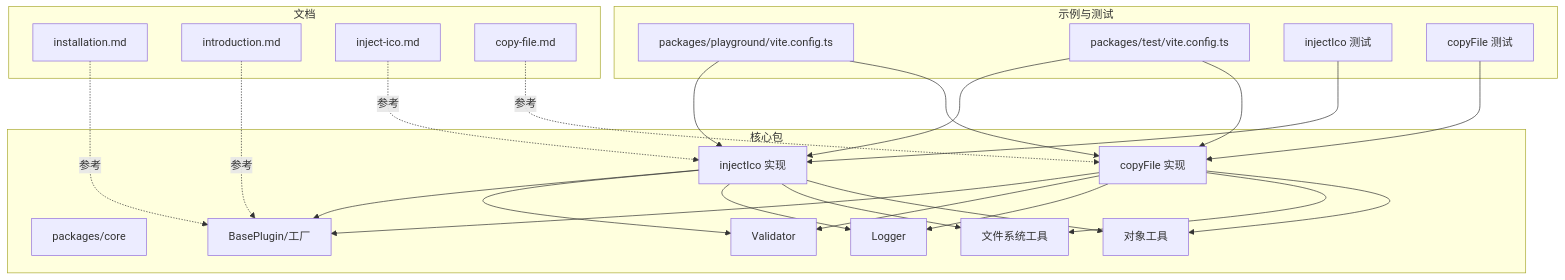
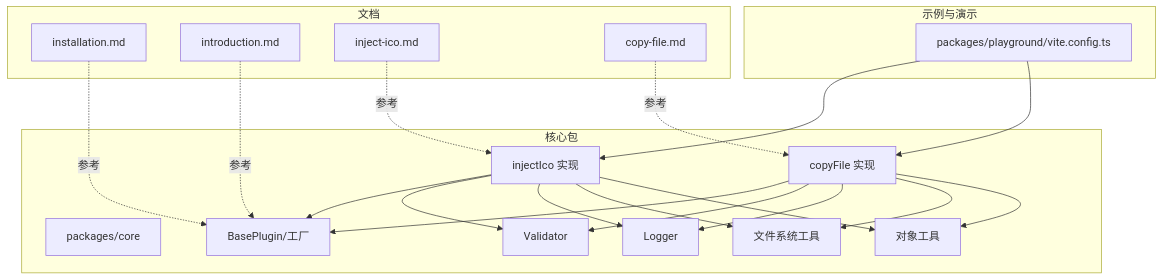
Before and after one commit to MengXi-Studio/vite-plugin: the first of 5 diagrams in .qoder/repowiki/zh/content/示例与案例/示例与案例.md, drawn with Mermaid. The commit also changed other lines of this file and 3 other files, not shown here.

````diff
--- a/.qoder/repowiki/zh/content/示例与案例/示例与案例.md
+++ b/.qoder/repowiki/zh/content/示例与案例/示例与案例.md
@@ -69,45 +66,38 @@
 ```mermaid
 graph TB
 subgraph "核心包"
 CORE["packages/core"]
 CORE_PLUGIN_INJ["injectIco 实现"]
 CORE_PLUGIN_COPY["copyFile 实现"]
 CORE_FACTORY["BasePlugin/工厂"]
 CORE_VALID["Validator"]
 CORE_LOGGER["Logger"]
 CORE_FS["文件系统工具"]
 CORE_OBJ["对象工具"]
 end
-subgraph "示例与测试"
+subgraph "示例与演示"
 PLAY["packages/playground/vite.config.ts"]
-TESTCFG["packages/test/vite.config.ts"]
-TEST_INJ["injectIco 测试"]
-TEST_COPY["copyFile 测试"]
 end
 subgraph "文档"
 DOC_INSTALL["installation.md"]
 DOC_INTRO["introduction.md"]
 DOC_INJ["inject-ico.md"]
 DOC_COPY["copy-file.md"]
 end
 PLAY --> CORE_PLUGIN_INJ
 PLAY --> CORE_PLUGIN_COPY
-TESTCFG --> CORE_PLUGIN_INJ
-TESTCFG --> CORE_PLUGIN_COPY
-TEST_INJ --> CORE_PLUGIN_INJ
-TEST_COPY --> CORE_PLUGIN_COPY
 CORE_PLUGIN_INJ --> CORE_FACTORY
 CORE_PLUGIN_COPY --> CORE_FACTORY
 CORE_PLUGIN_INJ --> CORE_VALID
 CORE_PLUGIN_COPY --> CORE_VALID
 CORE_PLUGIN_INJ --> CORE_LOGGER
 CORE_PLUGIN_COPY --> CORE_LOGGER
 CORE_PLUGIN_INJ --> CORE_FS
 CORE_PLUGIN_COPY --> CORE_FS
 CORE_PLUGIN_INJ --> CORE_OBJ
 CORE_PLUGIN_COPY --> CORE_OBJ
 DOC_INSTALL -.参考.-> CORE_FACTORY
 DOC_INTRO -.参考.-> CORE_FACTORY
 DOC_INJ -.参考.-> CORE_PLUGIN_INJ
 DOC_COPY -.参考.-> CORE_PLUGIN_COPY
 ```
````
